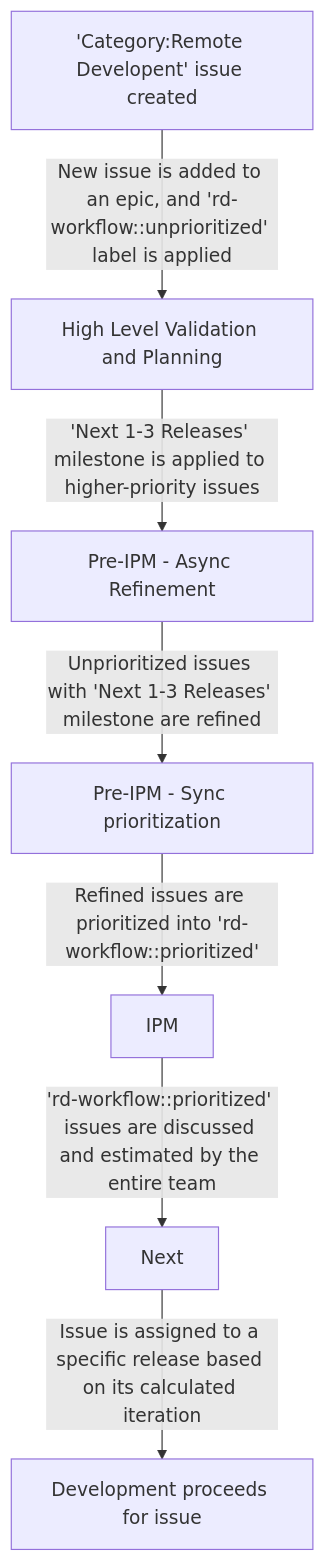
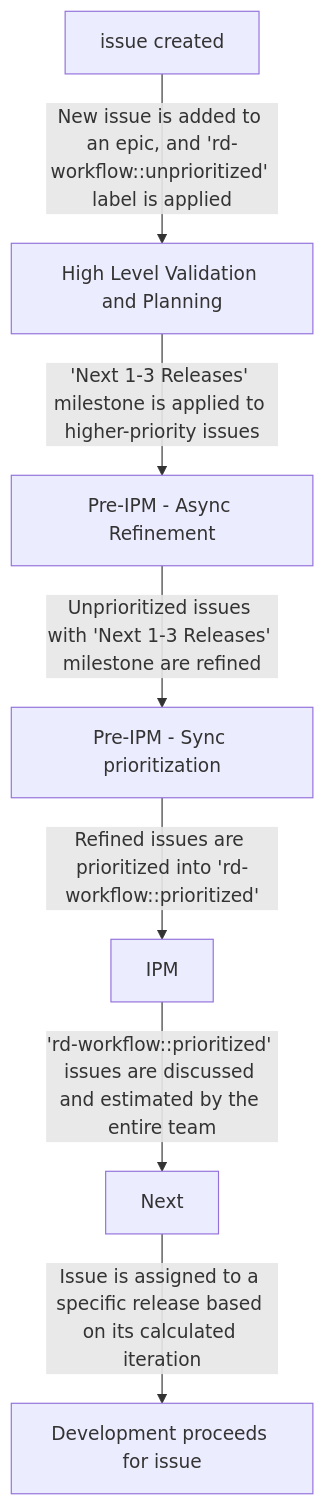
The diagram in content/handbook/engineering/development/dev/create/ide/_index.md (moliver28/research-handbook), drawn with Mermaid before and after one commit. The commit also changed other lines of this file, not shown here.

First line of the commit message:
Update IDE group for Web IDE category planning

````diff
--- a/content/handbook/engineering/development/dev/create/ide/_index.md
+++ b/content/handbook/engineering/development/dev/create/ide/_index.md
@@ -234,9 +177,9 @@
 ```mermaid
 graph TD;
-  S['Category:Remote Developent' issue created] -->|New issue is added to an epic, and 'rd-workflow::unprioritized' label is applied| V[High Level Validation and Planning]
+  S[issue created] -->|New issue is added to an epic, and 'rd-workflow::unprioritized' label is applied| V[High Level Validation and Planning]
   V -->|'Next 1-3 Releases' milestone is applied to higher-priority issues| R[Pre-IPM - Async Refinement]
   R -->|Unprioritized issues with 'Next 1-3 Releases' milestone are refined| P[Pre-IPM - Sync prioritization]
   P -->|Refined issues are prioritized into 'rd-workflow::prioritized'| I[IPM]
   I -->|'rd-workflow::prioritized' issues are discussed and estimated by the entire team| N[Next]
   N -->|Issue is assigned to a specific release based on its calculated iteration| E[Development proceeds for issue]
 ```
````
